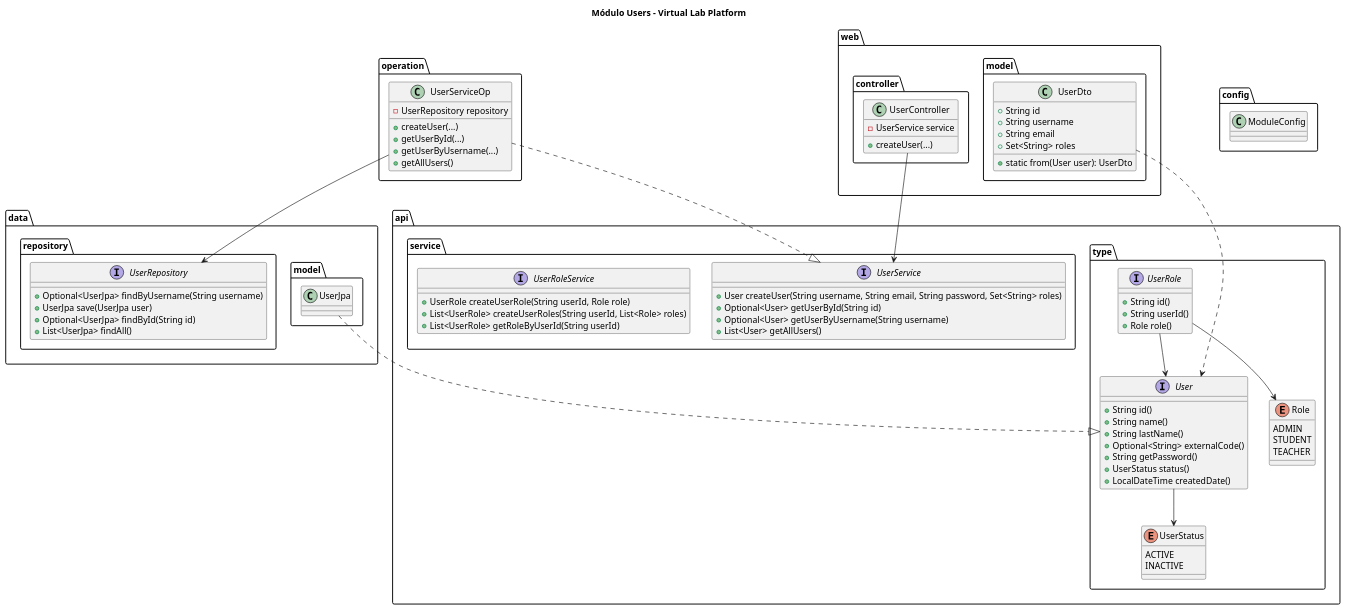
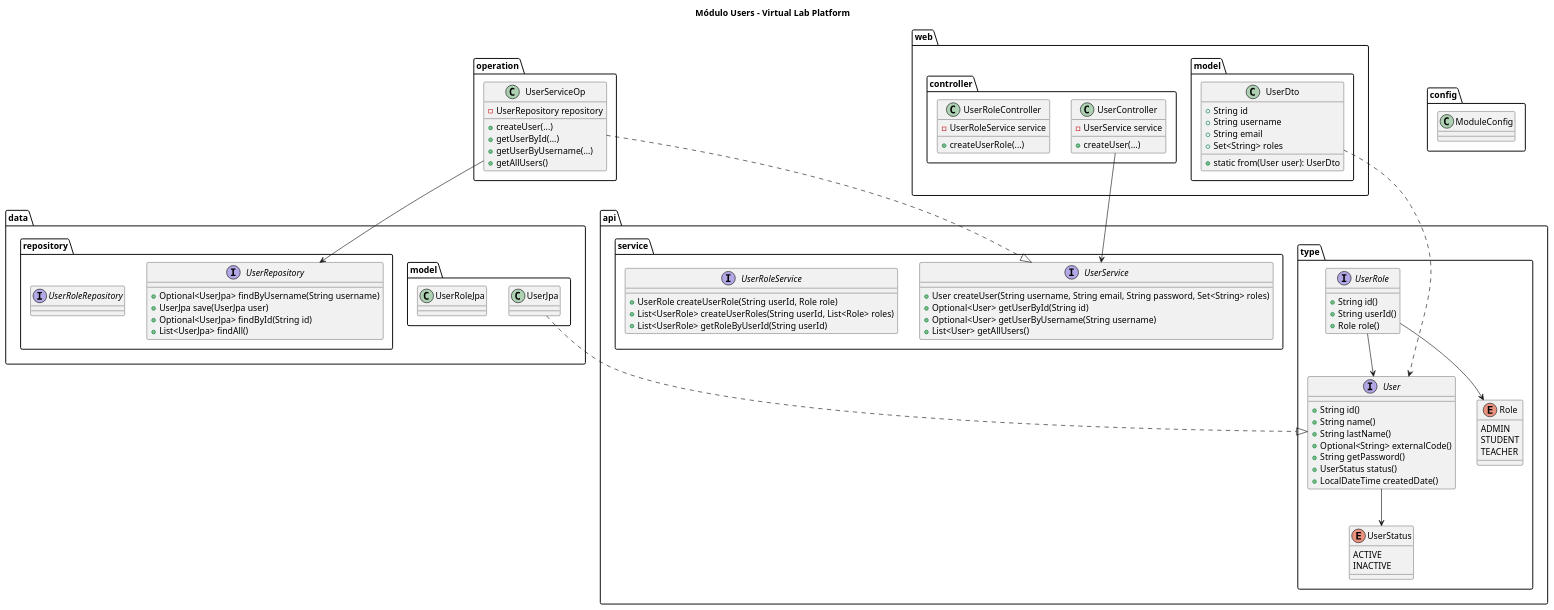
Before and after one commit to Univalle-Gadim-Lab/virtual-lab-platform: the diagram in design/virtual-lab-users-module.puml, drawn with PlantUML. The commit also changed 21 other files, not shown here.

```diff
--- a/design/virtual-lab-users-module.puml
+++ b/design/virtual-lab-users-module.puml
@@ -1,105 +1,113 @@
 @startuml VirtualLabUsersModule
 ' Título del diagrama
 title Módulo Users - Virtual Lab Platform
 
 ' Definición de paquetes
 package "api" {
     package "type" {
         interface User {
             +String id()
             +String name()
             +String lastName()
             +Optional<String> externalCode()
             +String getPassword()
             +UserStatus status()
             +LocalDateTime createdDate()
         }
         interface UserRole {
             +String id()
             +String userId()
             +Role role()
         }
         enum Role {
             ADMIN
             STUDENT
             TEACHER
         }
         enum UserStatus {
             ACTIVE
             INACTIVE
         }
     }
     package "service" {
         interface UserService {
             +User createUser(String username, String email, String password, Set<String> roles)
             +Optional<User> getUserById(String id)
             +Optional<User> getUserByUsername(String username)
             +List<User> getAllUsers()
         }
         interface UserRoleService {
             +UserRole createUserRole(String userId, Role role)
             +List<UserRole> createUserRoles(String userId, List<Role> roles)
             +List<UserRole> getRoleByUserId(String userId)
         }
     }
 }
 
 package "data" {
     package "model" {
         class UserJpa {
 
         }
+        class UserRoleJpa {
+        }
     }
     package "repository" {
         interface UserRepository {
             +Optional<UserJpa> findByUsername(String username)
             +UserJpa save(UserJpa user)
             +Optional<UserJpa> findById(String id)
             +List<UserJpa> findAll()
         }
+
+        interface UserRoleRepository {}
     }
 }
 
 package "operation" {
     class UserServiceOp {
         -UserRepository repository
         +createUser(...)
         +getUserById(...)
         +getUserByUsername(...)
         +getAllUsers()
     }
 }
 
 package "web" {
     package "model" {
         class UserDto {
             +String id
             +String username
             +String email
             +Set<String> roles
             +static from(User user): UserDto
         }
     }
     package "controller" {
         class UserController {
             -UserService service
             +createUser(...)
         }
+        class UserRoleController {
+                    -UserRoleService service
+                    +createUserRole(...)
+                }
     }
 }
 
 package "config" {
     class ModuleConfig
 }
 
 ' Relaciones
 UserJpa ..|> User
 UserServiceOp ..|> UserService
 UserServiceOp --> UserRepository
 UserController --> UserService
 UserDto ..> User
 UserRole --> User
 UserRole --> Role
 User --> UserStatus
 
 @enduml
```
